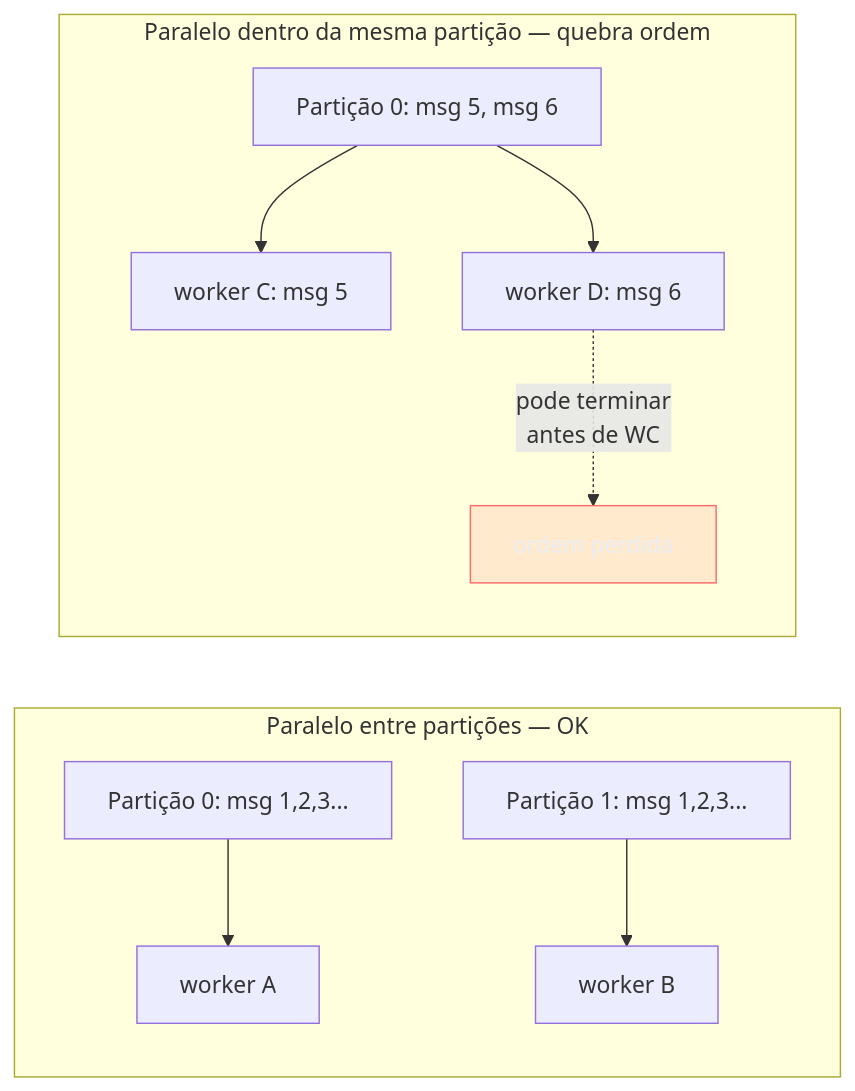
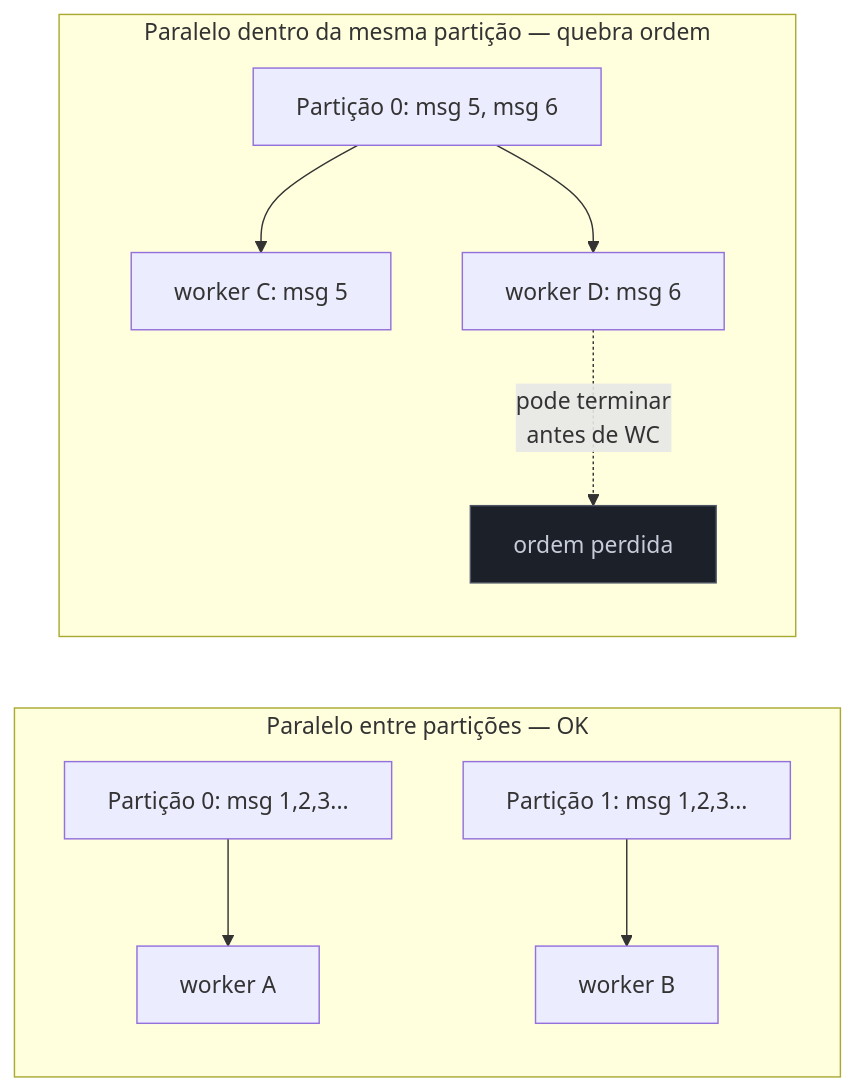
Before and after one commit to josenaldo/codex-technomanticus: the third of 3 diagrams in 03-Dominios/Tecnologia/Go/13 - Mensageria/04 - Consumers e workers.md, drawn with Mermaid. The commit also changed 601 other files, not shown here.

````diff
--- a/03-Dominios/Tecnologia/Go/13 - Mensageria/04 - Consumers e workers.md
+++ b/03-Dominios/Tecnologia/Go/13 - Mensageria/04 - Consumers e workers.md
@@ -197,17 +197,17 @@
 ```mermaid
 flowchart LR
-    classDef falha fill:#FF6B6B24,stroke:#FF6B6B,color:#E9ECF2
+    classDef neutro fill:#1B2029,stroke:#4E5666,color:#C6CCD8
     subgraph OK["Paralelo entre partições — OK"]
         direction TB
         PA["Partição 0: msg 1,2,3..."] --> WA["worker A"]
         PB["Partição 1: msg 1,2,3..."] --> WB["worker B"]
     end
     subgraph Risco["Paralelo dentro da mesma partição — quebra ordem"]
         direction TB
         PC["Partição 0: msg 5, msg 6"] --> WC["worker C: msg 5"]
         PC --> WD["worker D: msg 6"]
         WD -.->|"pode terminar\nantes de WC"| X["ordem perdida"]
     end
 
-    class X falha
+    class X neutro
 ```
````
